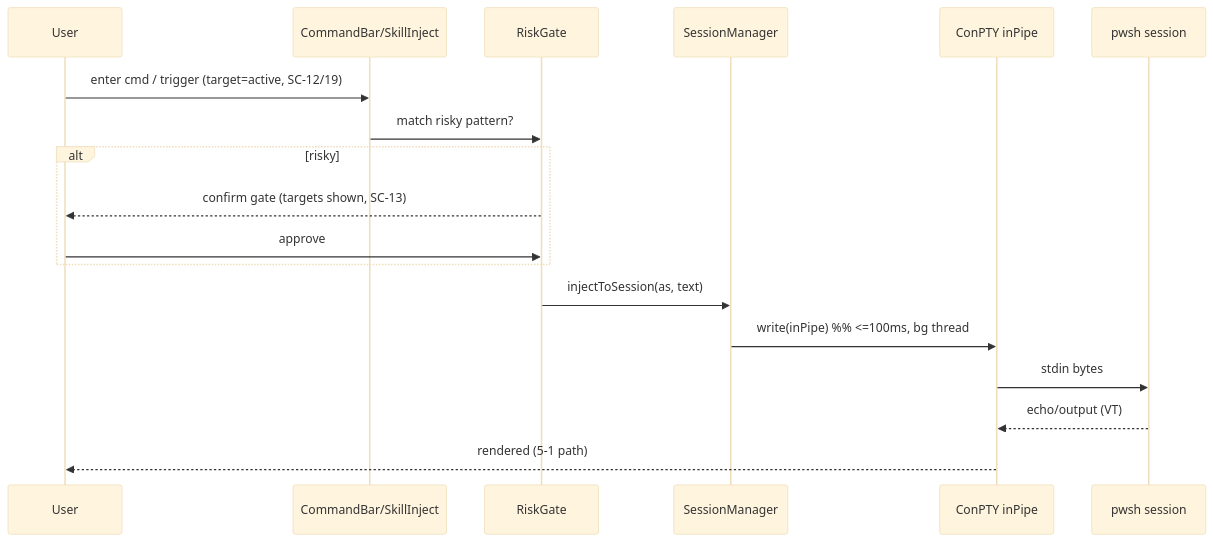
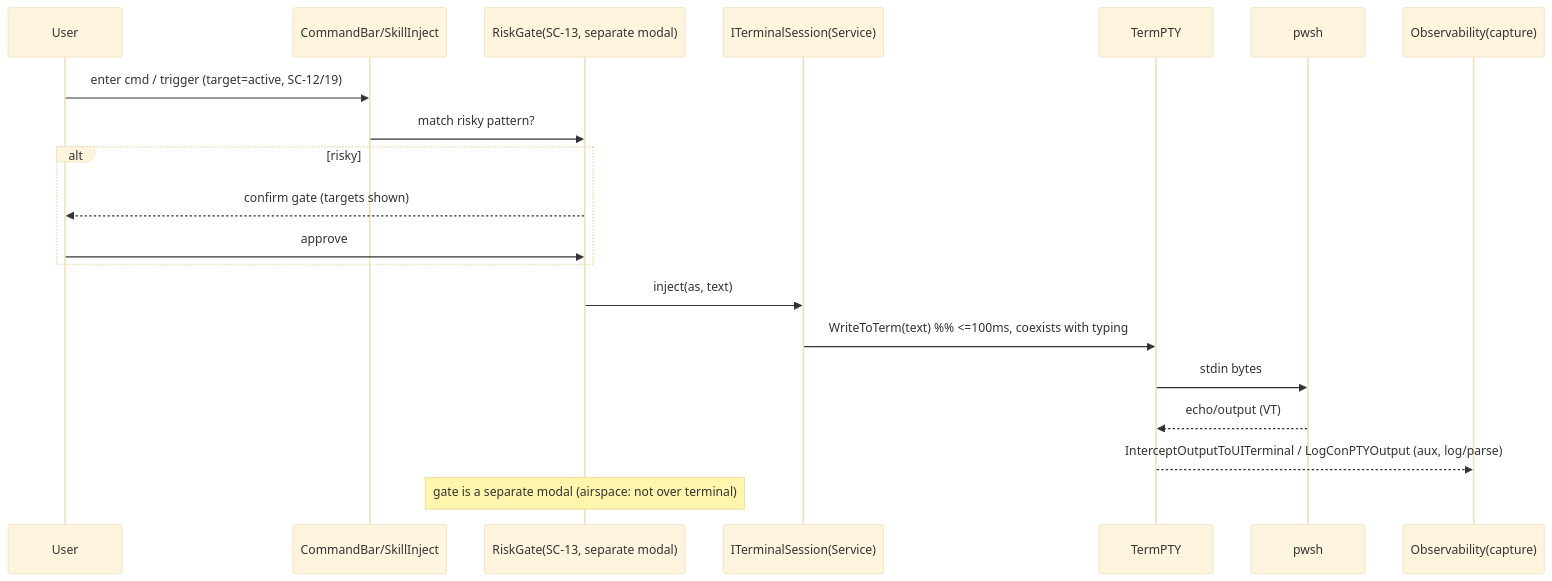
The second of 3 diagrams in docs/plans/v1/10_tech.md (MAHT1990/control_tower_win), drawn with Mermaid (base theme) before and after one commit. The commit also changed other lines of this file and 9 other files, not shown here.

````diff
--- a/docs/plans/v1/10_tech.md
+++ b/docs/plans/v1/10_tech.md
@@ -281,20 +258,22 @@
 ```mermaid
 sequenceDiagram
     participant U as User
     participant CB as CommandBar/SkillInject
-    participant RG as RiskGate
-    participant SM as SessionManager
-    participant CP as ConPTY inPipe
-    participant PW as pwsh session
+    participant RG as RiskGate(SC-13, separate modal)
+    participant TS as ITerminalSession(Service)
+    participant TP as TermPTY
+    participant PW as pwsh
+    participant OB as Observability(capture)
     U->>CB: enter cmd / trigger (target=active, SC-12/19)
     CB->>RG: match risky pattern?
     alt risky
-        RG-->>U: confirm gate (targets shown, SC-13)
+        RG-->>U: confirm gate (targets shown)
         U->>RG: approve
     end
-    RG->>SM: injectToSession(as, text)
-    SM->>CP: write(inPipe)  %% <=100ms, bg thread
-    CP->>PW: stdin bytes
-    PW-->>CP: echo/output (VT)
-    CP-->>U: rendered (5-1 path)
+    RG->>TS: inject(as, text)
+    TS->>TP: WriteToTerm(text)  %% <=100ms, coexists with typing
+    TP->>PW: stdin bytes
+    PW-->>TP: echo/output (VT)
+    TP-->>OB: InterceptOutputToUITerminal / LogConPTYOutput (aux, log/parse)
+    Note over RG: gate is a separate modal (airspace: not over terminal)
 ```
````
